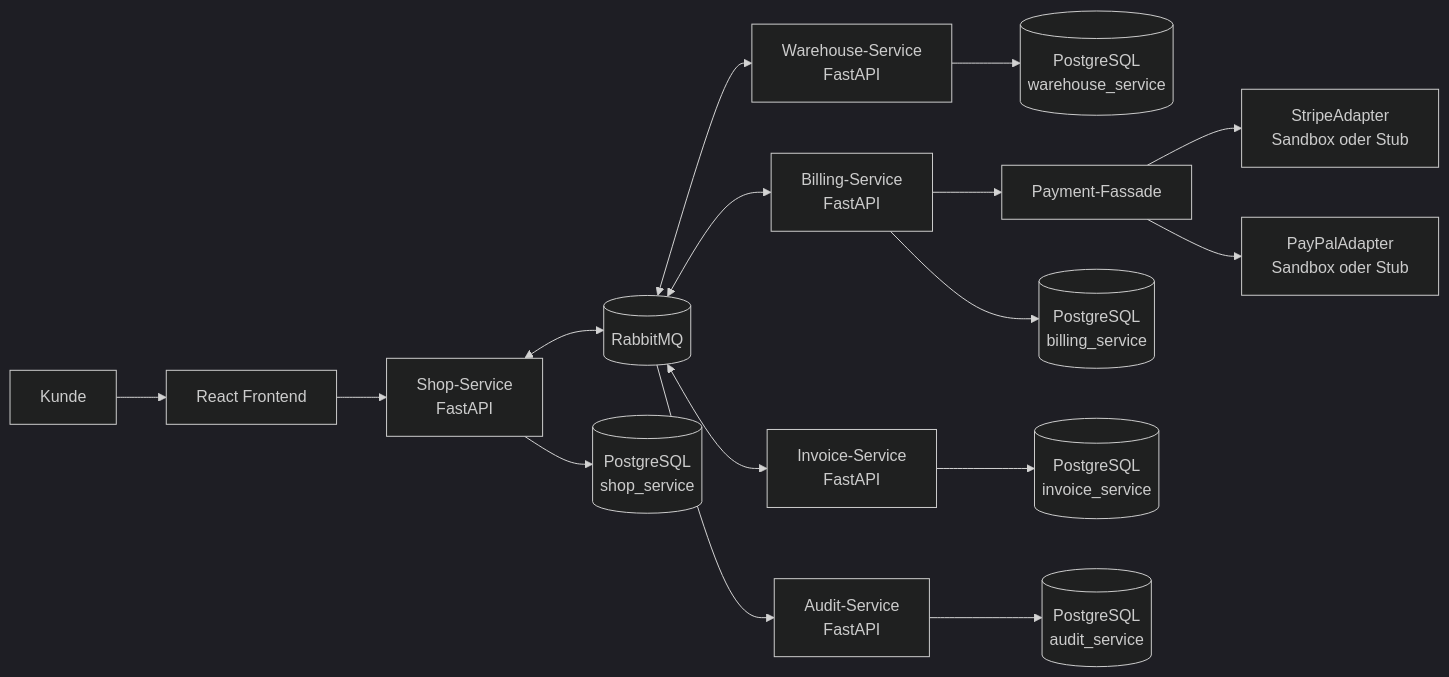
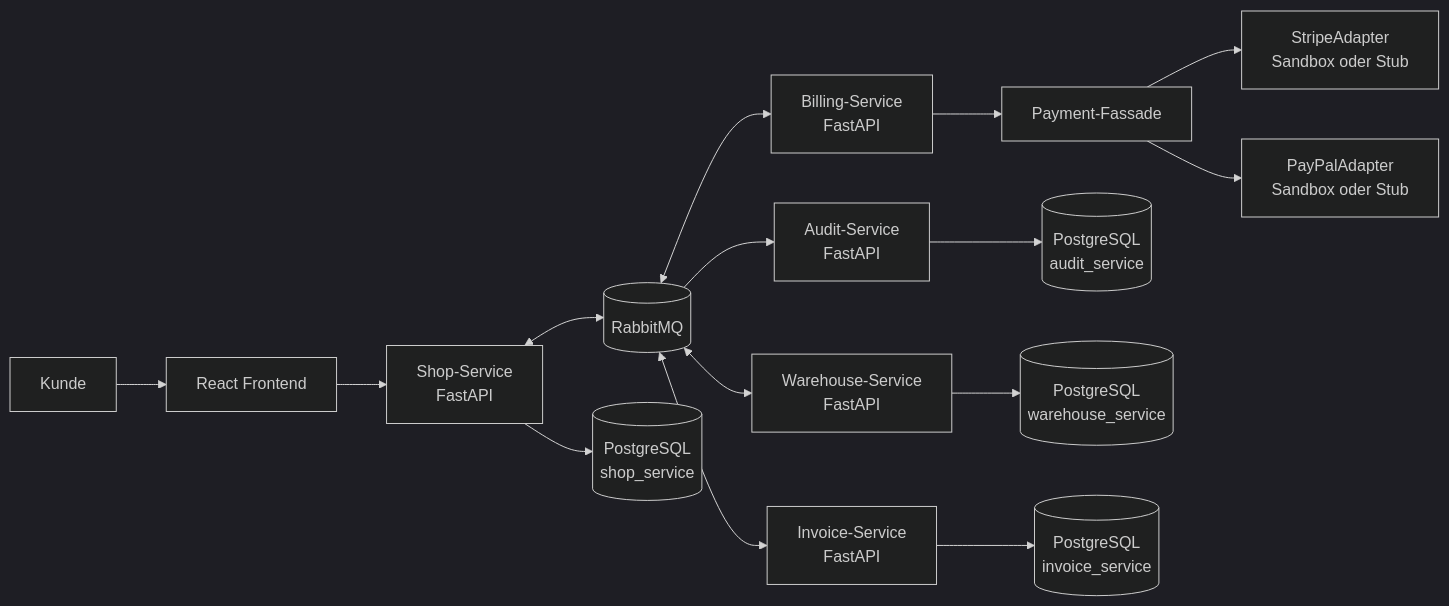
The diagram in docs/diagrams/komponenten.mmd (chips199/webshop-vse), drawn with Mermaid (dark theme) before and after one commit. The commit also changed 7 other files, not shown here.

```diff
--- a/docs/diagrams/komponenten.mmd
+++ b/docs/diagrams/komponenten.mmd
@@ -1,21 +1,21 @@
 %% Komponentendiagramm - siehe docs/architecture.md, Abschnitt 3 "Komponenten"
 %% Zeigt alle Services, ihre Schnittstellen und Kommunikationsbeziehungen.
 flowchart LR
     Customer[Kunde] --> React[React Frontend]
     React --> Shop[Shop-Service<br/>FastAPI]
 
     Shop <--> Rabbit[(RabbitMQ)]
     Rabbit <--> Warehouse[Warehouse-Service<br/>FastAPI]
     Rabbit <--> Billing[Billing-Service<br/>FastAPI]
     Rabbit <--> Invoice[Invoice-Service<br/>FastAPI]
     Rabbit --> Audit[Audit-Service<br/>FastAPI]
 
     Billing --> Facade[Payment-Fassade]
     Facade --> Stripe[StripeAdapter<br/>Sandbox oder Stub]
     Facade --> PayPal[PayPalAdapter<br/>Sandbox oder Stub]
 
     Audit --> AuditDb[(PostgreSQL<br/>audit_service)]
     Shop --> ShopDb[(PostgreSQL<br/>shop_service)]
     Warehouse --> WarehouseDb[(PostgreSQL<br/>warehouse_service)]
-    Billing --> BillingDb[(PostgreSQL<br/>billing_service)]
     Invoice --> InvoiceDb[(PostgreSQL<br/>invoice_service)]
+    %% Billing-Service ist zustandslos und hat bewusst keine eigene Datenbank.
```
